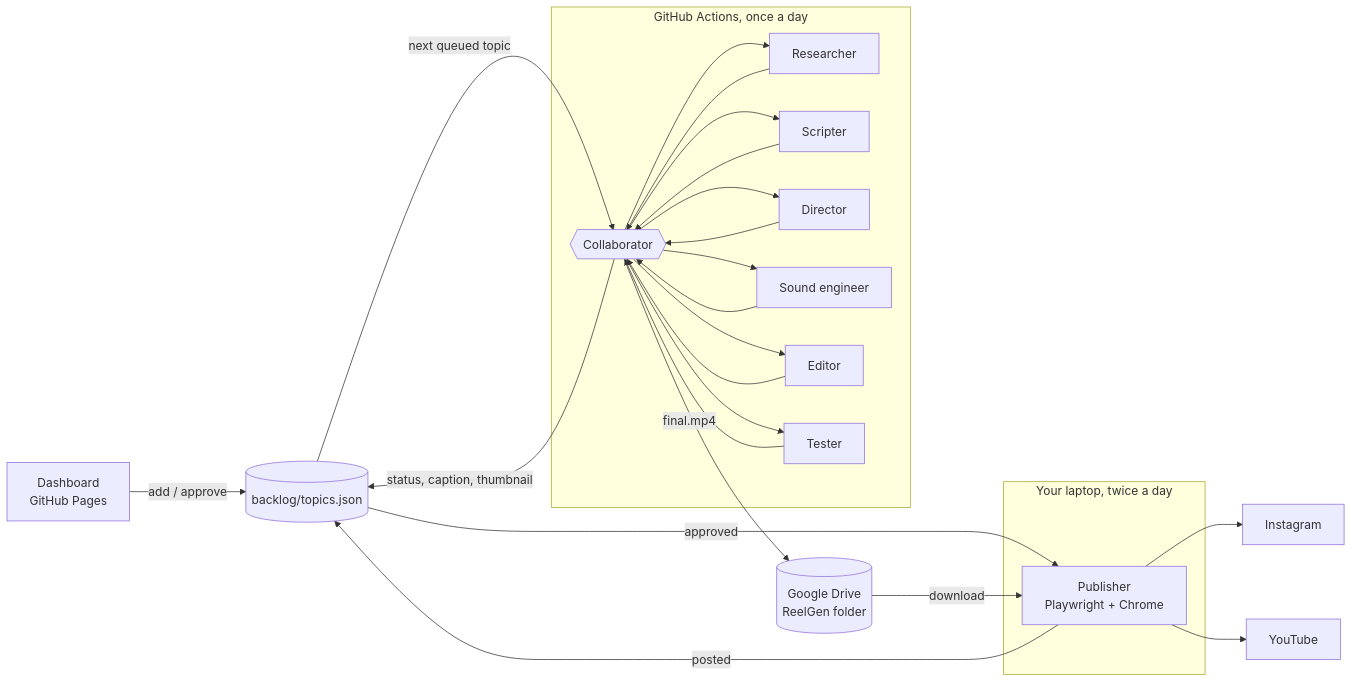
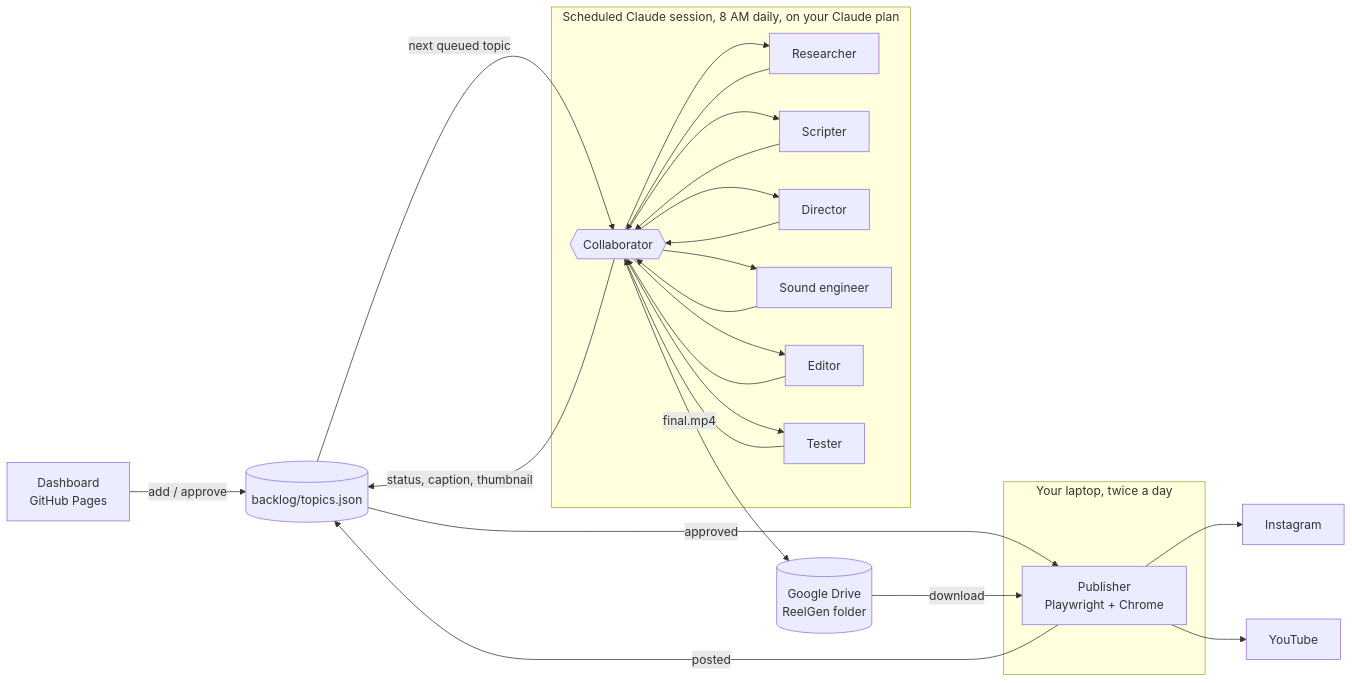
Before and after one commit to kevinandrin7-start/ReelGen: the diagram in ARCHITECTURE.md, drawn with Mermaid. The commit also changed other lines of this file and 12 other files, not shown here.

First line of the commit message:
Run the daily pipeline as a scheduled Claude session on Kevin's plan

````diff
--- a/ARCHITECTURE.md
+++ b/ARCHITECTURE.md
@@ -6,23 +6,23 @@
 ```mermaid
 flowchart LR
   D[Dashboard<br/>GitHub Pages] -- add / approve --> B[(backlog/topics.json)]
-  subgraph GA[GitHub Actions, once a day]
+  subgraph GA[Scheduled Claude session, 8 AM daily, on your Claude plan]
     C{{Collaborator}} --> R[Researcher] --> C
     C --> S[Scripter] --> C
     C --> Di[Director] --> C
     C --> SE[Sound engineer] --> C
     C --> E[Editor] --> C
     C --> T[Tester] --> C
   end
   B -- next queued topic --> C
   C -- final.mp4 --> G[(Google Drive<br/>ReelGen folder)]
   C -- status, caption, thumbnail --> B
   subgraph L[Your laptop, twice a day]
     P[Publisher<br/>Playwright + Chrome]
   end
   B -- approved --> P
   G -- download --> P
   P --> IG[Instagram]
   P --> YT[YouTube]
   P -- posted --> B
 ```
````
